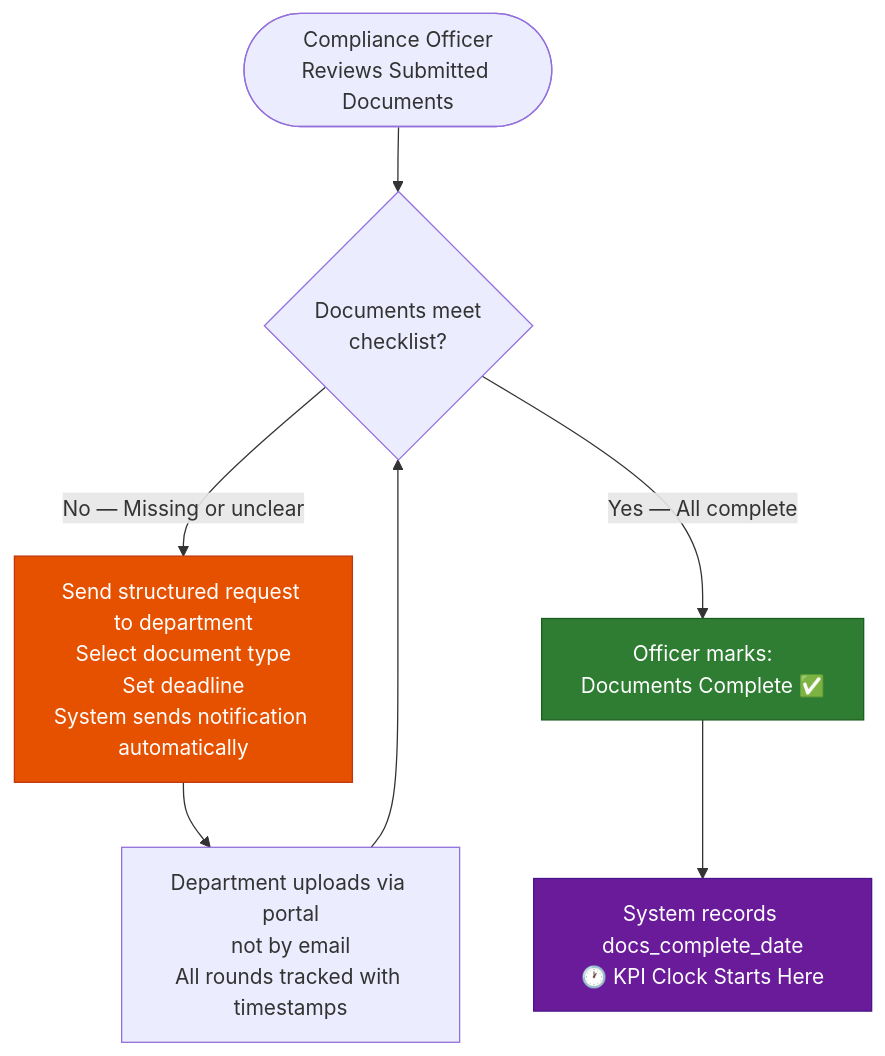
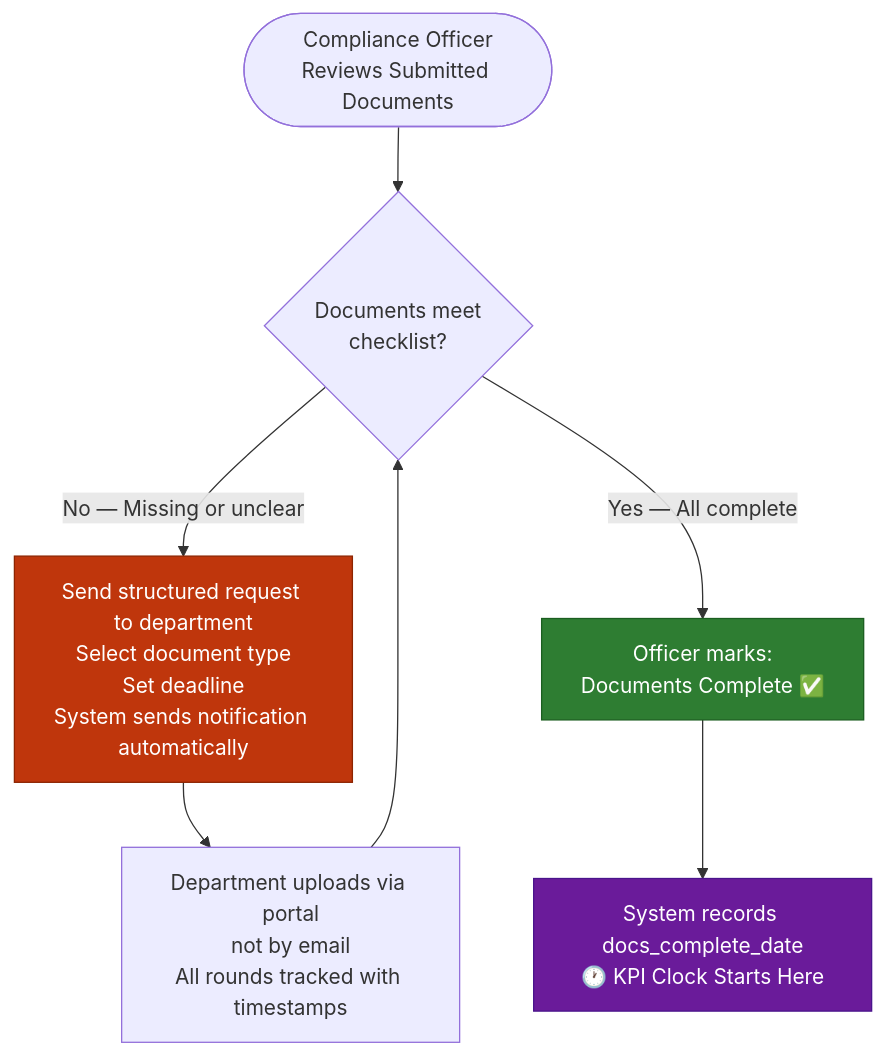
The second of 4 diagrams in docs/V3_BUS_BestPractice.md (mazharr-hussain/KycReport), drawn with Mermaid before and after one commit. The commit also changed other lines of this file and 7 other files, not shown here.

First line of the commit message:
Fix low-contrast diagram colours — replace amber with dark slate

````diff
--- a/docs/V3_BUS_BestPractice.md
+++ b/docs/V3_BUS_BestPractice.md
@@ -74,13 +74,13 @@
 ```mermaid
 flowchart TD
     REVIEW([Compliance Officer\nReviews Submitted Documents]) --> CHECK{Documents meet\nchecklist?}
     CHECK -->|No — Missing or unclear| REQ[Send structured request to department\nSelect document type\nSet deadline\nSystem sends notification automatically]
     REQ --> UPLOAD[Department uploads via portal\nnot by email\nAll rounds tracked with timestamps]
     UPLOAD --> CHECK
     CHECK -->|Yes — All complete| CONFIRM[Officer marks:\nDocuments Complete ✅]
     CONFIRM --> KPI[System records docs_complete_date\n🕐 KPI Clock Starts Here]
 
     style KPI fill:#6A1B9A,color:#fff,stroke:#4A148C
     style CONFIRM fill:#2E7D32,color:#fff,stroke:#1B5E20
-    style REQ fill:#E65100,color:#fff,stroke:#BF360C
+    style REQ fill:#BF360C,color:#fff,stroke:#8D2400
 ```
````
